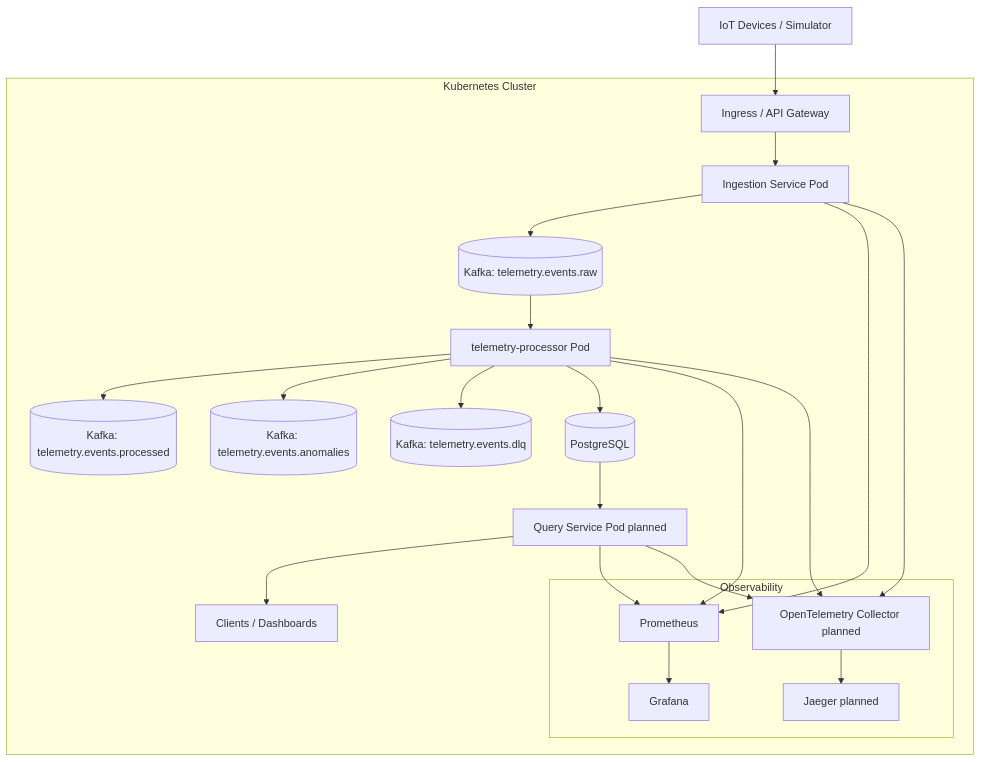
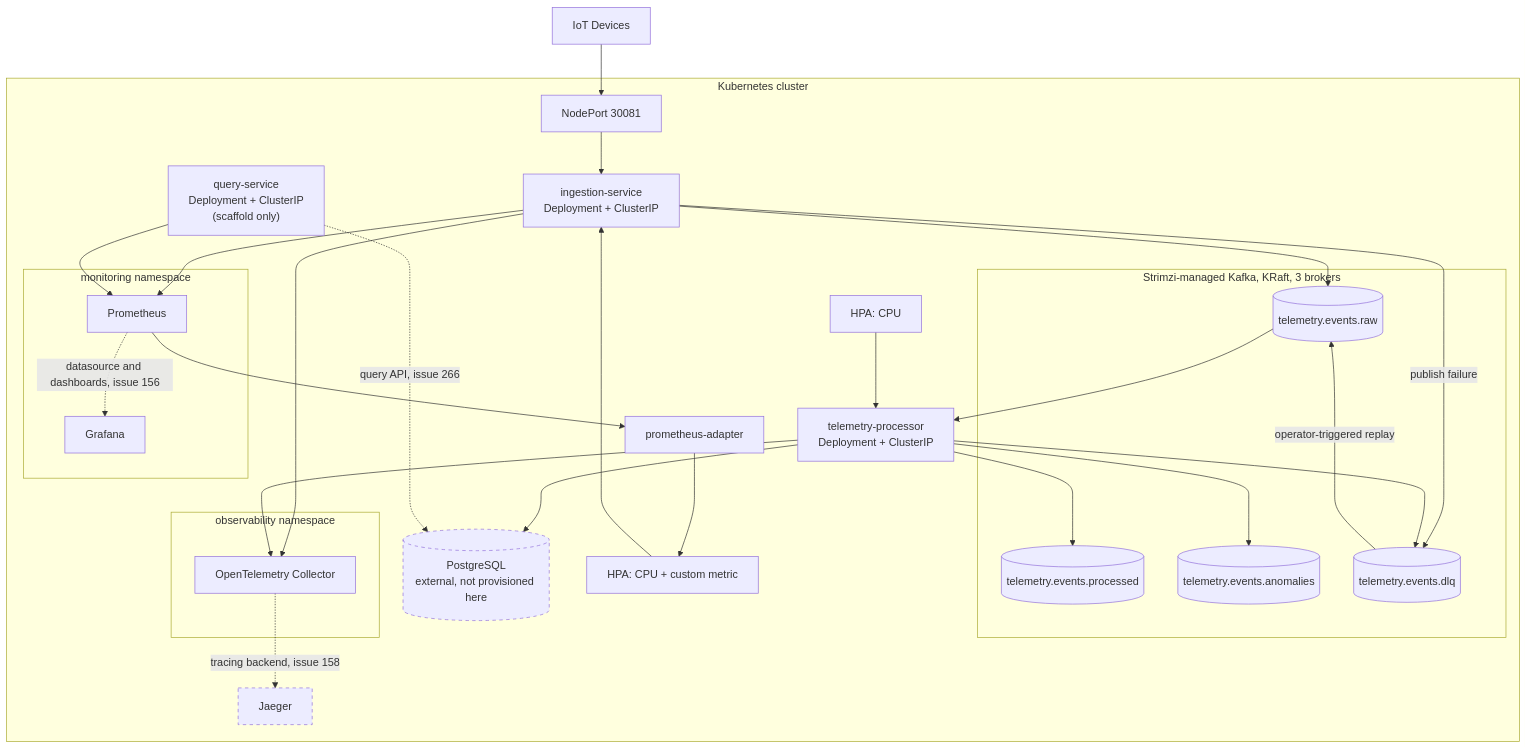
The diagram in docs/diagrams/kubernetes-deployment.md (ME-Massine/pulsestream), drawn with Mermaid before and after one commit. The commit also changed other lines of this file and 14 other files, not shown here.

First line of the commit message:
docs: synchronize project state, roadmap, and diagrams (#261)

````diff
--- a/docs/diagrams/kubernetes-deployment.md
+++ b/docs/diagrams/kubernetes-deployment.md
@@ -5,37 +7,51 @@
 ```mermaid
 flowchart TB
-    U[IoT Devices / Simulator] --> I[Ingress / API Gateway]
+    U[IoT Devices] --> NP[NodePort 30081]
 
-    subgraph Kubernetes Cluster
-        I --> S1[Ingestion Service Pod]
-        S1 --> K1[(Kafka: telemetry.events.raw)]
+    subgraph cluster["Kubernetes cluster"]
+        NP --> S1["ingestion-service<br/>Deployment + ClusterIP"]
+        S3["query-service<br/>Deployment + ClusterIP<br/>(scaffold only)"]
 
-        K1 --> S2[telemetry-processor Pod]
-        S2 --> K2[(Kafka: telemetry.events.processed)]
-        S2 --> K3[(Kafka: telemetry.events.anomalies)]
-        S2 --> K4[(Kafka: telemetry.events.dlq)]
+        subgraph kafkans["Strimzi-managed Kafka, KRaft, 3 brokers"]
+            K1[(telemetry.events.raw)]
+            K2[(telemetry.events.processed)]
+            K3[(telemetry.events.anomalies)]
+            K4[(telemetry.events.dlq)]
+        end
 
-        S2 --> DB[(PostgreSQL)]
+        S1 --> K1
+        S1 -- publish failure --> K4
+        K1 --> S2["telemetry-processor<br/>Deployment + ClusterIP"]
+        S2 --> K2
+        S2 --> K3
+        S2 --> K4
+        K4 -- operator-triggered replay --> K1
 
-        DB --> S3[Query Service Pod planned]
-        S3 --> C[Clients / Dashboards]
+        S2 --> DB[("PostgreSQL<br/>external, not provisioned here")]
+        S3 -. query API, issue 266 .-> DB
 
-        subgraph Observability
+        H1["HPA: CPU + custom metric"] --> S1
+        H2["HPA: CPU"] --> S2
+
+        subgraph monitoring["monitoring namespace"]
             P[Prometheus]
             G[Grafana]
-            O[OpenTelemetry Collector planned]
-            J[Jaeger planned]
+        end
+
+        subgraph obs["observability namespace"]
+            O[OpenTelemetry Collector]
         end
 
         S1 --> P
-        S2 --> P
         S3 --> P
-
+        P --> PA[prometheus-adapter]
+        PA --> H1
         S1 --> O
         S2 --> O
-        S3 --> O
+        P -. datasource and dashboards, issue 156 .-> G
+        O -. tracing backend, issue 158 .-> J[Jaeger]
+    end
 
-        P --> G
-        O --> J
-    end
+    style DB stroke-dasharray: 5 5
+    style J stroke-dasharray: 5 5
 ```
````
